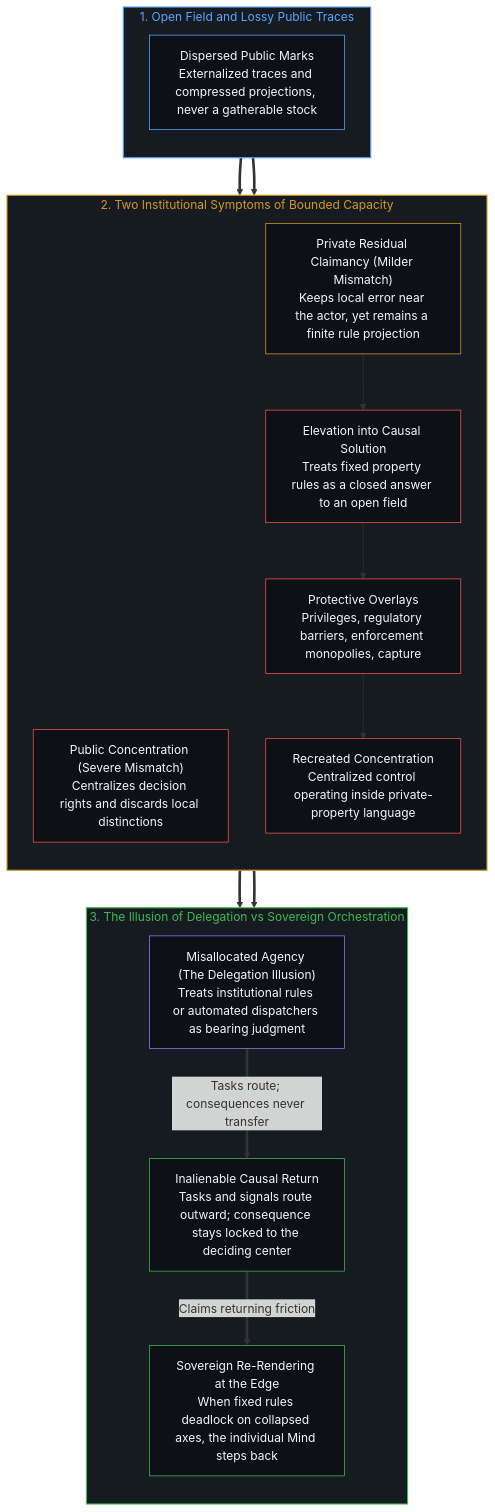
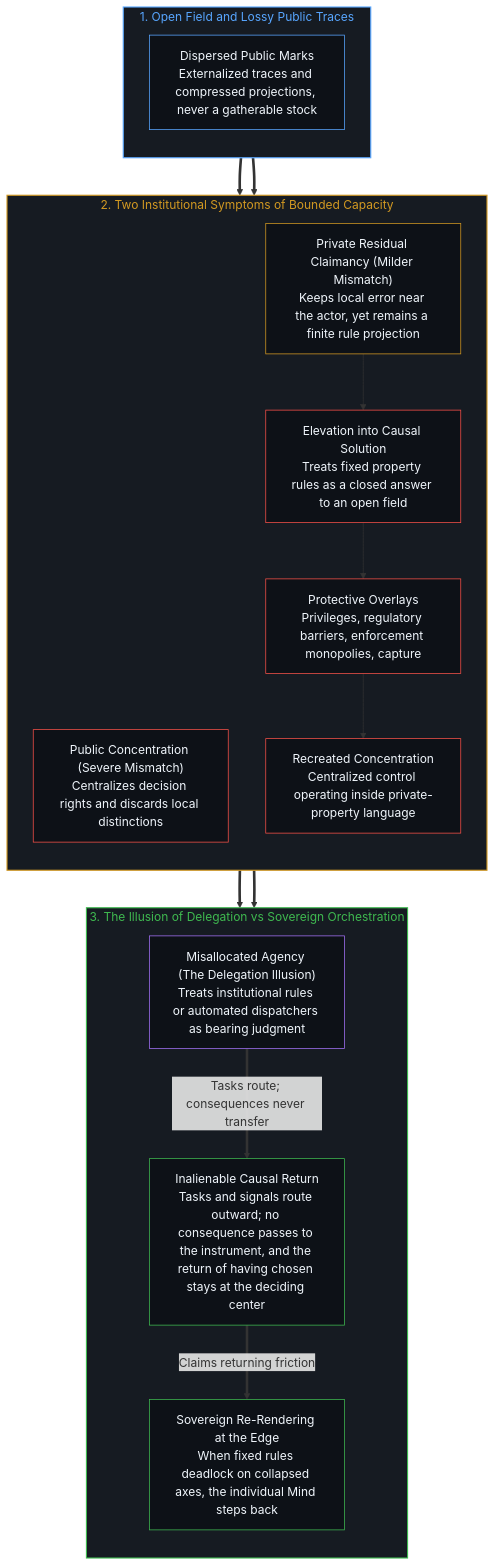
The second of 2 diagrams in content/posts/the-knowledge-problem-and-the-illusion-of-delegation.md (powerpig99/not-a-toe), drawn with Mermaid before and after one commit. The commit also changed other lines of this file and 13 other files, not shown here.

````diff
--- a/content/posts/the-knowledge-problem-and-the-illusion-of-delegation.md
+++ b/content/posts/the-knowledge-problem-and-the-illusion-of-delegation.md
@@ -122,44 +118,40 @@
 ```mermaid
 flowchart TD
     subgraph S_Field["1. Open Field and Lossy Public Traces"]
         direction TB
         K["Dispersed Public Marks<br/>Externalized traces and compressed projections, never a gatherable stock"]
     end
-
     subgraph S_Sym["2. Two Institutional Symptoms of Bounded Capacity"]
         direction TB
         P1["Public Concentration (Severe Mismatch)<br/>Centralizes decision rights and discards local distinctions"]
         P2["Private Residual Claimancy (Milder Mismatch)<br/>Keeps local error near the actor, yet remains a finite rule projection"]
         E["Elevation into Causal Solution<br/>Treats fixed property rules as a closed answer to an open field"]
         O["Protective Overlays<br/>Privileges, regulatory barriers, enforcement monopolies, capture"]
         C["Recreated Concentration<br/>Centralized control operating inside private-property language"]
         P2 --> E --> O --> C
     end
-
     subgraph S_Del["3. The Illusion of Delegation vs Sovereign Orchestration"]
         direction TB
         D["Misallocated Agency (The Delegation Illusion)<br/>Treats institutional rules or automated dispatchers as bearing judgment"]
-        I["Inalienable Causal Return<br/>Tasks and signals route outward; consequence stays locked to the deciding center"]
+        I["Inalienable Causal Return<br/>Tasks and signals route outward; no consequence passes to the instrument, and the return of having chosen stays at the deciding center"]
         S["Sovereign Re-Rendering at the Edge<br/>When fixed rules deadlock on collapsed axes, the individual Mind steps back"]
         D ==>|"Tasks route; consequences never transfer"| I
         I ==>|"Claims returning friction"| S
     end
-
     K ==> P1
     K ==> P2
     P1 ==> D
     C ==> D
-
     style S_Field fill:#161b22,stroke:#58a6ff,stroke-width:1.5px,color:#58a6ff
     style S_Sym fill:#161b22,stroke:#d29922,stroke-width:1.5px,color:#d29922
     style S_Del fill:#161b22,stroke:#3fb950,stroke-width:1.5px,color:#3fb950
     style K fill:#0d1117,stroke:#58a6ff,stroke-width:1px,color:#f0f6fc
     style P1 fill:#0d1117,stroke:#f85149,stroke-width:1px,color:#f0f6fc
     style P2 fill:#0d1117,stroke:#d29922,stroke-width:1px,color:#f0f6fc
     style E fill:#0d1117,stroke:#f85149,stroke-width:1px,color:#f0f6fc
     style O fill:#0d1117,stroke:#f85149,stroke-width:1px,color:#f0f6fc
     style C fill:#0d1117,stroke:#f85149,stroke-width:1px,color:#f0f6fc
     style D fill:#0d1117,stroke:#a371f7,stroke-width:1px,color:#f0f6fc
     style I fill:#0d1117,stroke:#3fb950,stroke-width:1px,color:#f0f6fc
     style S fill:#0d1117,stroke:#3fb950,stroke-width:1px,color:#f0f6fc
 ```
````
